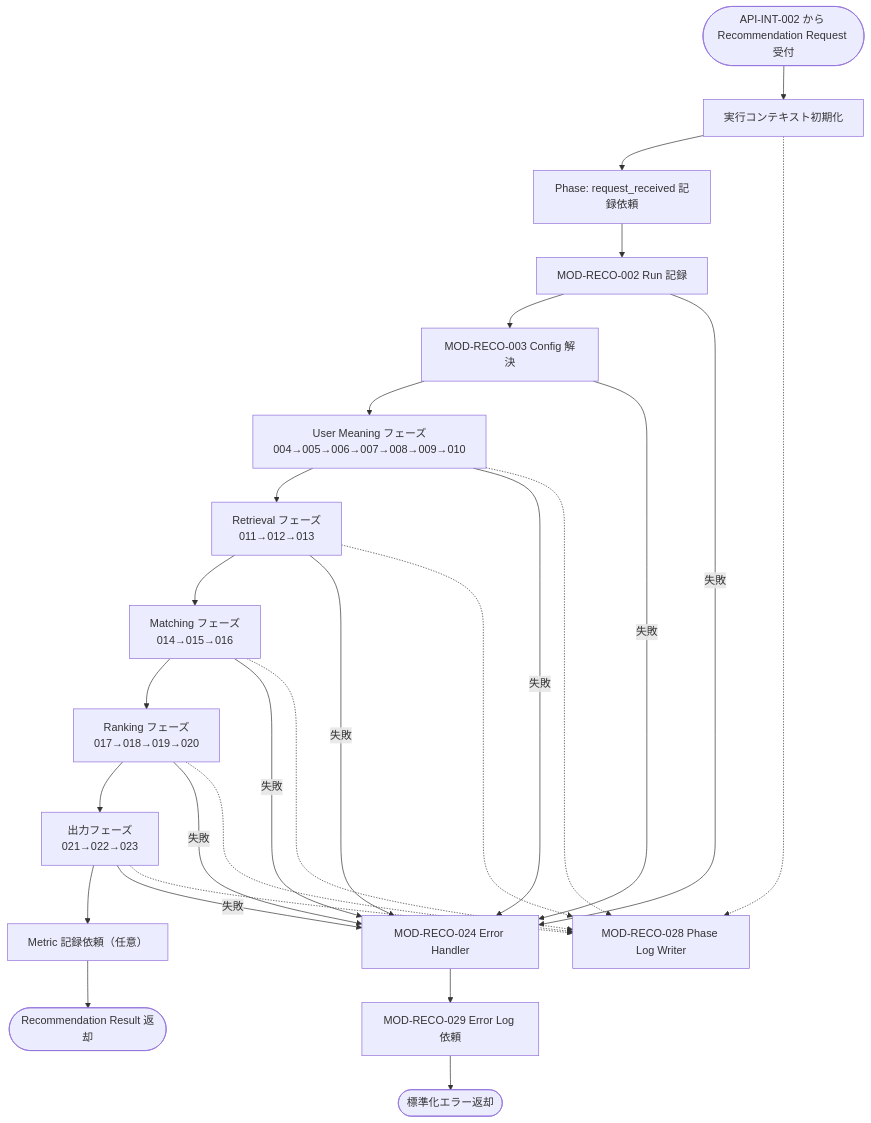
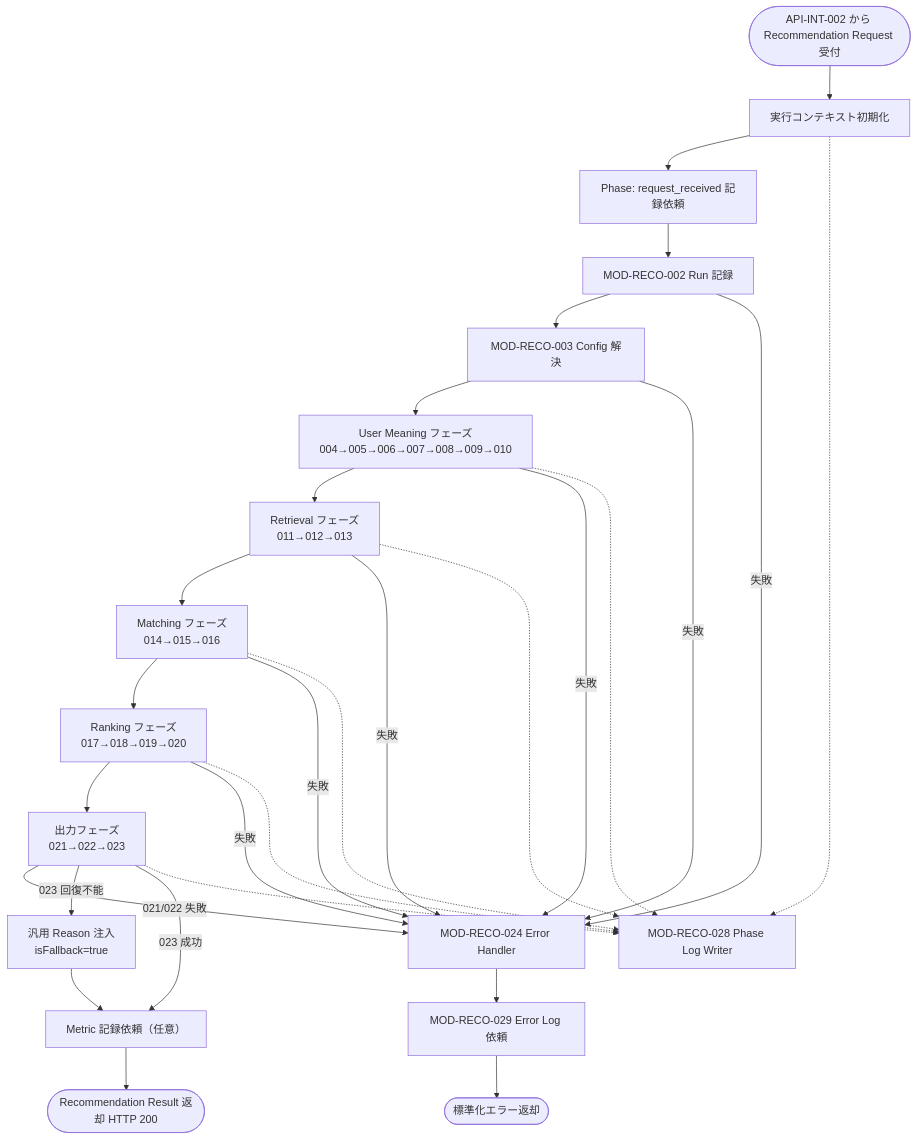
One commit to ryo-chan-k6/GiftRecommendAPP_MVP_CYCLE_3 changed the diagram in docs/06_実装設計/reco/MOD-RECO-001_Recommendation Orchestratorモジュール仕様書.md. Above: the diagram before and after it, drawn with Mermaid. The commit also changed other lines of this file and 1 other file, not shown here.

First line of the commit message:
docs(reco): MOD-RECO-001仕様書にHuman Review確定方針を反映

````diff
--- a/docs/06_実装設計/reco/MOD-RECO-001_Recommendation Orchestratorモジュール仕様書.md
+++ b/docs/06_実装設計/reco/MOD-RECO-001_Recommendation Orchestratorモジュール仕様書.md
@@ -151,31 +153,33 @@
 ```mermaid
 flowchart TD
     START([API-INT-002 から Recommendation Request 受付]) --> INIT[実行コンテキスト初期化]
     INIT --> P0[Phase: request_received 記録依頼]
     P0 --> R002[MOD-RECO-002 Run 記録]
     R002 --> R003[MOD-RECO-003 Config 解決]
     R003 --> UM[User Meaning フェーズ<br/>004→005→006→007→008→009→010]
     UM --> RT[Retrieval フェーズ<br/>011→012→013]
     RT --> MT[Matching フェーズ<br/>014→015→016]
     MT --> RK[Ranking フェーズ<br/>017→018→019→020]
     RK --> OUT[出力フェーズ<br/>021→022→023]
-    OUT --> MET[Metric 記録依頼（任意）]
-    MET --> SUCCESS([Recommendation Result 返却])
+    OUT -->|021/022 失敗| ERR[MOD-RECO-024 Error Handler]
+    OUT -->|023 回復不能| FB[汎用 Reason 注入<br/>isFallback=true]
+    FB --> MET[Metric 記録依頼（任意）]
+    OUT -->|023 成功| MET
+    MET --> SUCCESS([Recommendation Result 返却 HTTP 200])
 
-    R002 -->|失敗| ERR[MOD-RECO-024 Error Handler]
+    R002 -->|失敗| ERR
     R003 -->|失敗| ERR
     UM -->|失敗| ERR
     RT -->|失敗| ERR
     MT -->|失敗| ERR
     RK -->|失敗| ERR
-    OUT -->|失敗| ERR
     ERR --> ELOG[MOD-RECO-029 Error Log 依頼]
     ELOG --> FAIL([標準化エラー返却])
 
     INIT -.-> PLW[MOD-RECO-028 Phase Log Writer]
     UM -.-> PLW
     RT -.-> PLW
     MT -.-> PLW
     RK -.-> PLW
     OUT -.-> PLW
 ```
````
